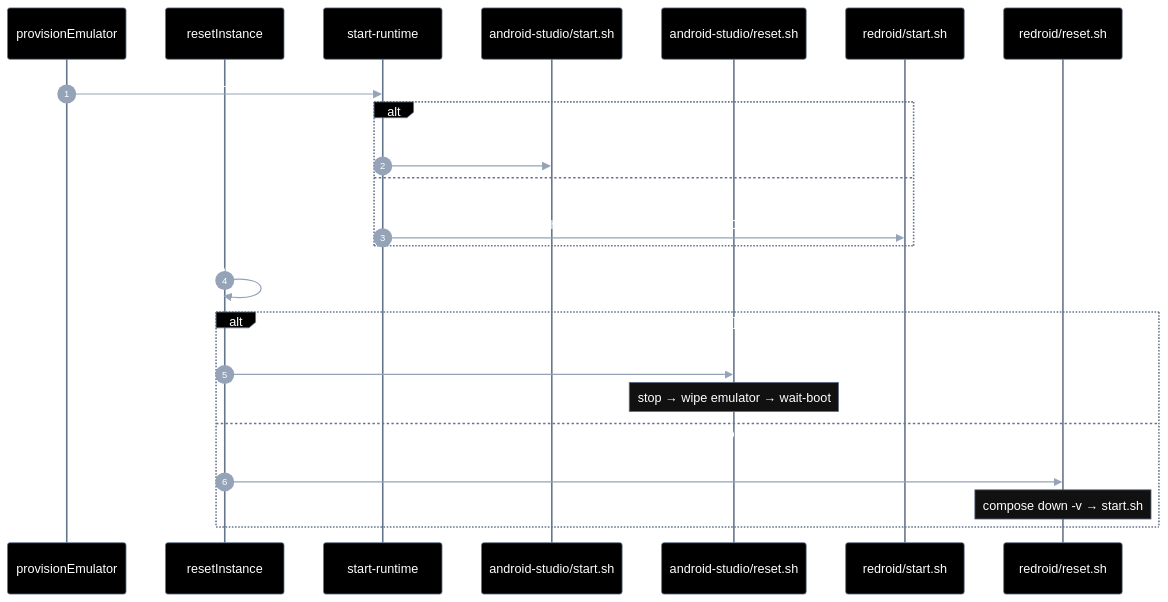
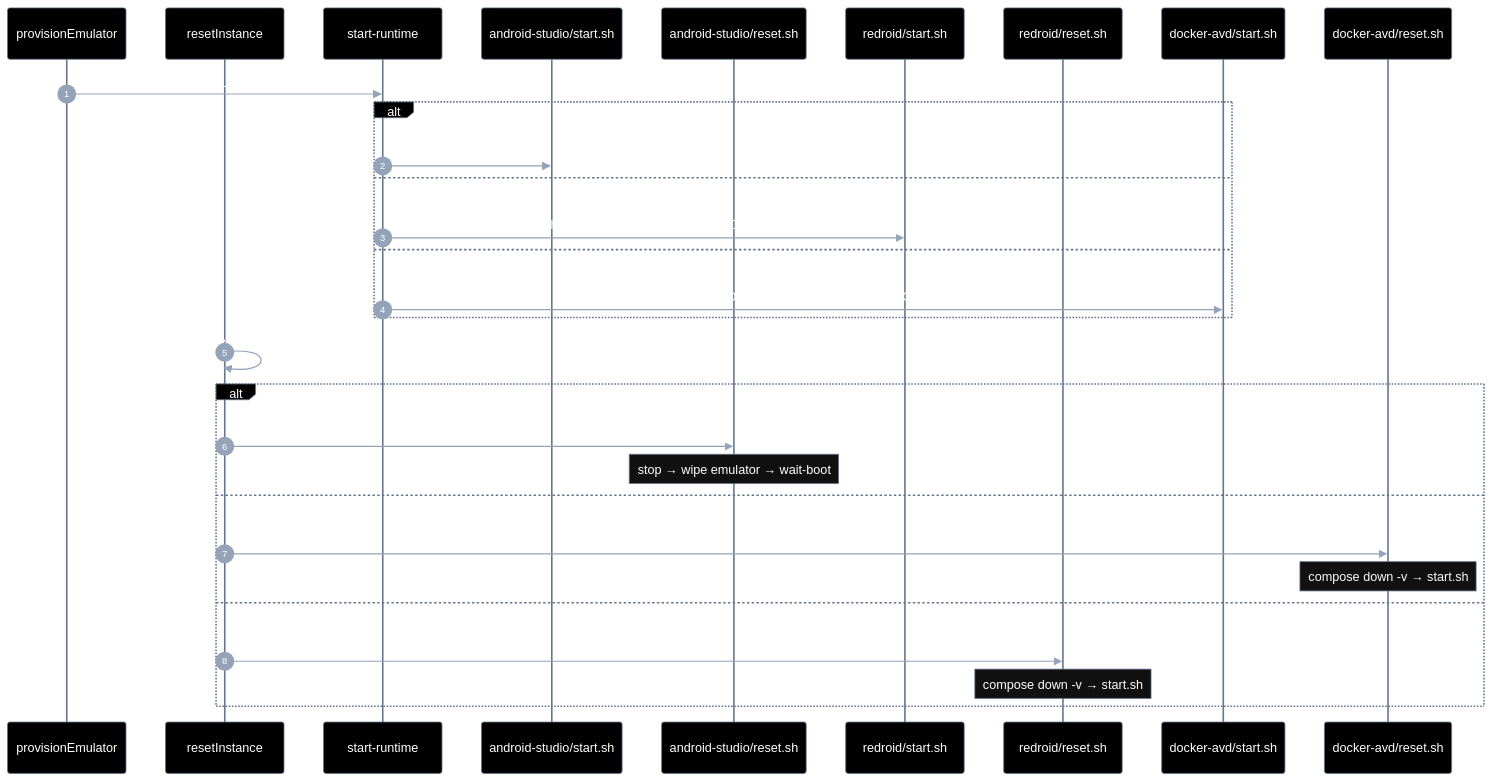
Before and after one commit to laerciogermano/workstation: diagram 18 of 18 in screen-robot/arquitetura.md, drawn with Mermaid. The commit also changed other lines of this file and 26 other files, not shown here.

First line of the commit message:
Adiciona runtime docker-avd: emulador oficial Google em Docker (Linux+KVM) com volume de estado e kind provisionável.

````diff
--- a/screen-robot/arquitetura.md
+++ b/screen-robot/arquitetura.md
@@ -1355,49 +1372,56 @@
 ```mermaid
 ---
 config:
   theme: base
   themeVariables:
     darkMode: true
     background: '#000000'
     primaryColor: '#000000'
     primaryTextColor: '#ffffff'
     primaryBorderColor: '#64748b'
     lineColor: '#64748b'
     textColor: '#ffffff'
     mainBkg: '#000000'
     actorBkg: '#000000'
     actorBorder: '#64748b'
     actorTextColor: '#ffffff'
     signalColor: '#94a3b8'
     signalTextColor: '#ffffff'
     noteBorderColor: '#64748b'
     noteBkgColor: '#111111'
     noteTextColor: '#ffffff'
     sequenceNumberColor: '#ffffff'
 ---
 sequenceDiagram
   autonumber
   participant Prov as provisionEmulator
   participant Reset as resetInstance
   participant SR as start-runtime
   participant AvdStart as android-studio/start.sh
   participant AvdReset as android-studio/reset.sh
   participant RedStart as redroid/start.sh
   participant RedReset as redroid/reset.sh
+  participant DavdStart as docker-avd/start.sh
+  participant DavdReset as docker-avd/reset.sh
 
   Prov->>SR: startRuntime
   alt kind=avd
     SR->>AvdStart: bash + AVD_NAME
   else kind=redroid
     SR->>RedStart: bash + REDROID_NAME + ADB_PORT
+  else kind=docker-avd
+    SR->>DavdStart: bash + DOCKER_AVD_NAME + ADB_PORT
   end
 
   Reset->>Reset: defaultResetScript(kind)
   alt kind=avd
     Reset->>AvdReset: bash reset.sh
     Note over AvdReset: stop → wipe emulator → wait-boot
+  else kind=docker-avd
+    Reset->>DavdReset: bash reset.sh
+    Note over DavdReset: compose down -v → start.sh
   else kind=redroid|adb
     Reset->>RedReset: bash reset.sh
     Note over RedReset: compose down -v → start.sh
   end
 ```
````
